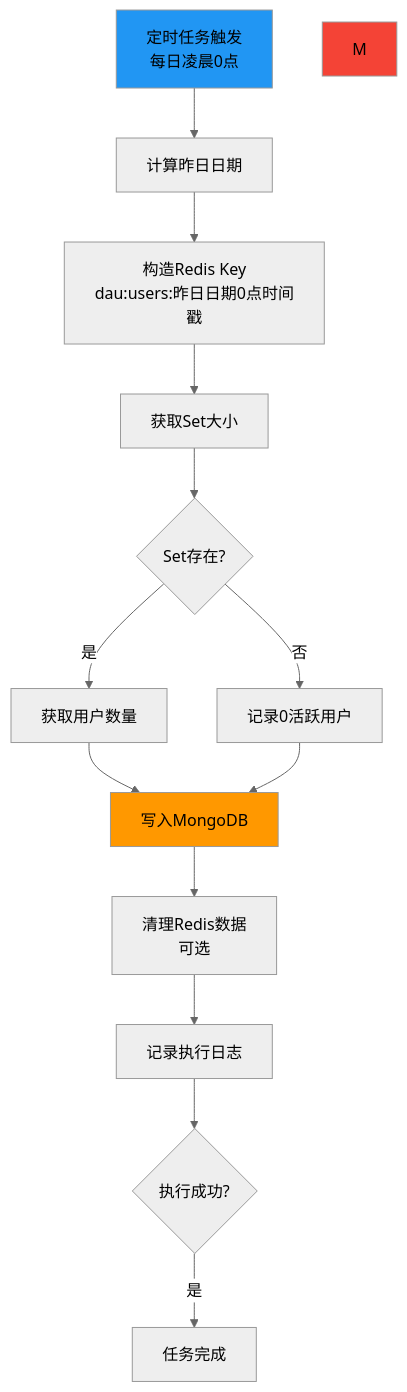
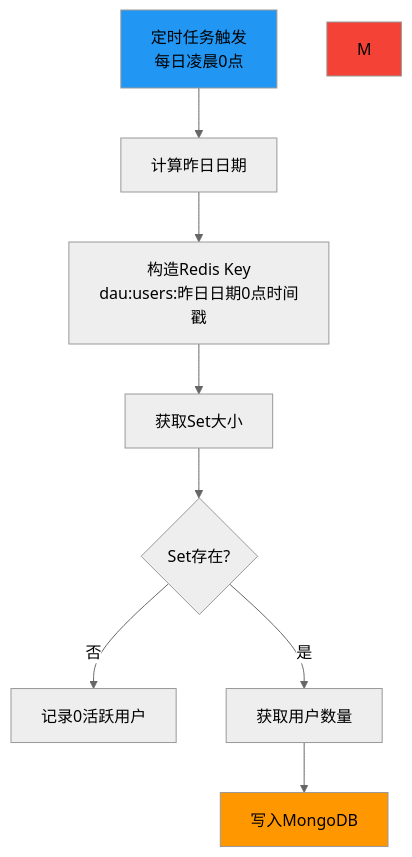
One commit to yingjianzh/iodraw-files changed the diagram in all/未命名-77.md. Above: the diagram before and after it, drawn with Mermaid (neutral theme).

Commit message:
2025-07-08 14:02:14 update

````diff
--- a/all/未命名-77.md
+++ b/all/未命名-77.md
@@ -1,20 +1,15 @@
 ```mermaid
 flowchart TD
     A[定时任务触发<br/>每日凌晨0点] --> B[计算昨日日期]
     B --> C[构造Redis Key<br/>dau:users:昨日日期0点时间戳]
     C --> D[获取Set大小]
     D --> E{Set存在?}
     E -->|否| F[记录0活跃用户]
     E -->|是| G[获取用户数量]
     G --> H[写入MongoDB]
-    F --> H
-    H --> I[清理Redis数据<br/>可选]
-    I --> J[记录执行日志]
-    J --> K{执行成功?}
-    K -->|是| L[任务完成]
-   
+    
     
     style A fill:#2196f3
     style H fill:#ff9800
     style M fill:#f44336
 ```
````
